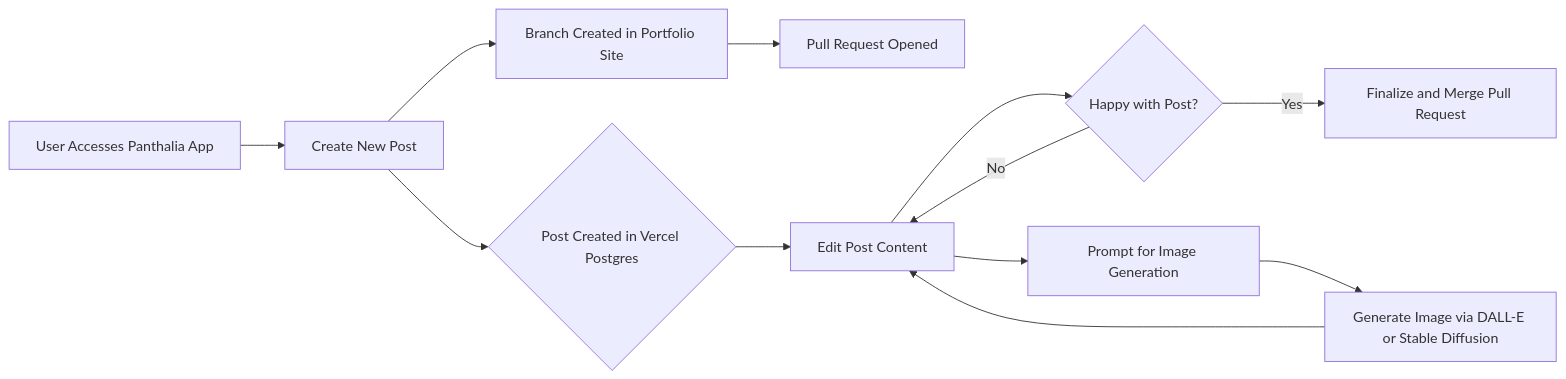
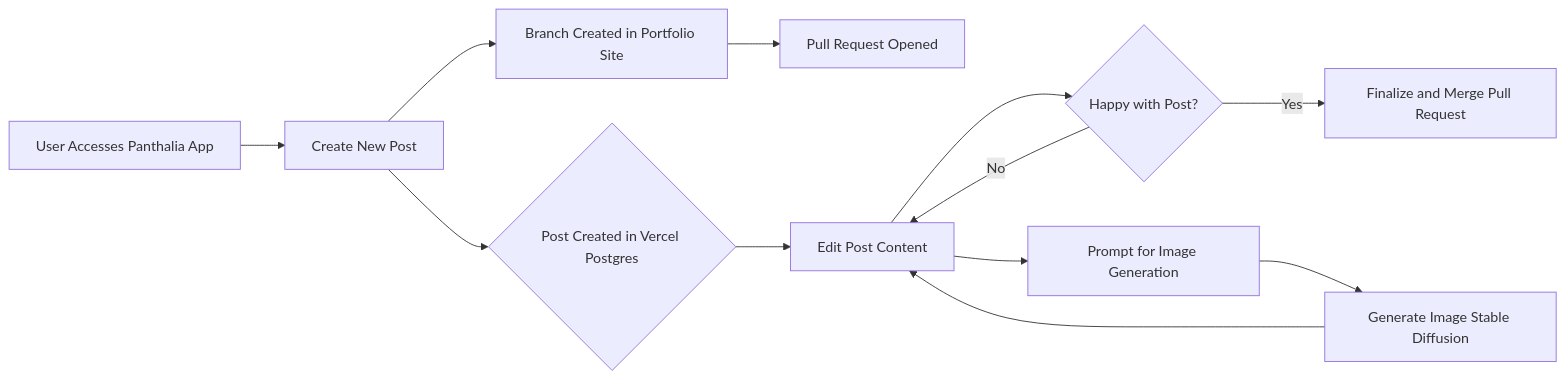
The diagram in README.md (zackproser/panthalia), drawn with Mermaid before and after one commit. The commit also changed other lines of this file, not shown here.

Commit message:
Move diagram up

````diff
--- a/README.md
+++ b/README.md
@@ -93,14 +62,14 @@
 ```mermaid
 graph LR;
     A[User Accesses Panthalia App] --> B[Create New Post];
     B --> D{Post Created in Vercel Postgres};
     B --> C[Branch Created in Portfolio Site];
     C --> E[Pull Request Opened];
     D --> F[Edit Post Content];
     F --> G{Happy with Post?};
     G --> |No| F;
     G --> |Yes| H[Finalize and Merge Pull Request];
     F --> I[Prompt for Image Generation];
-    I --> J[Generate Image via DALL-E or Stable Diffusion];
+    I --> J[Generate Image Stable Diffusion];
     J --> F;
 ```
````
